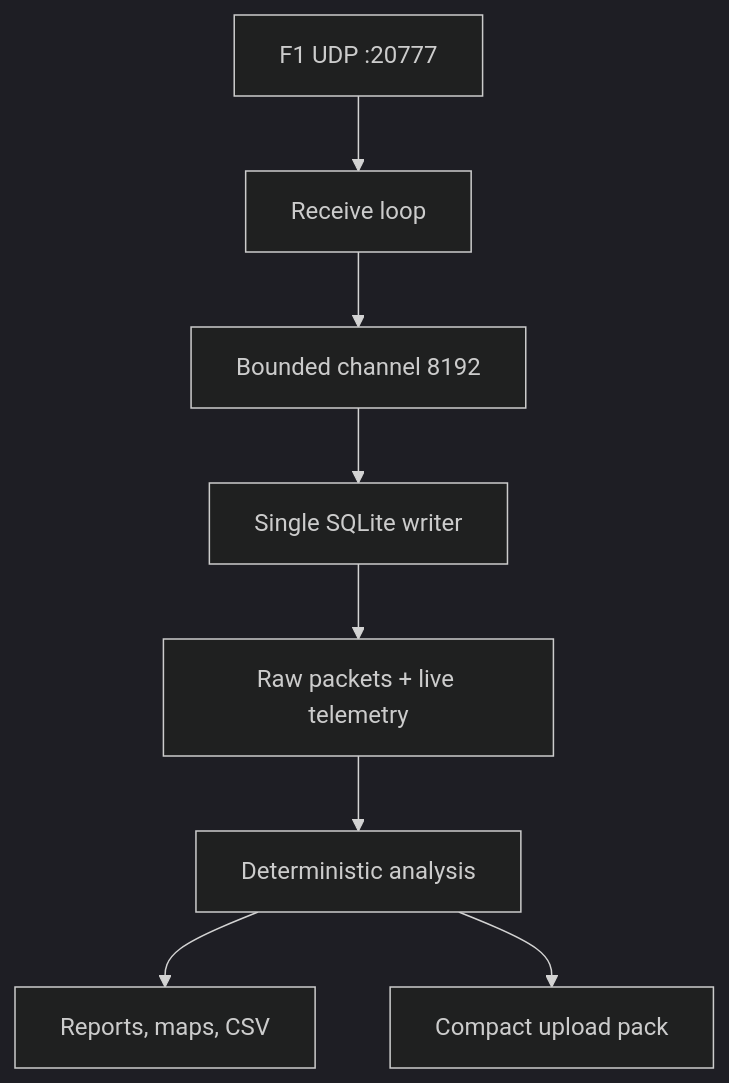
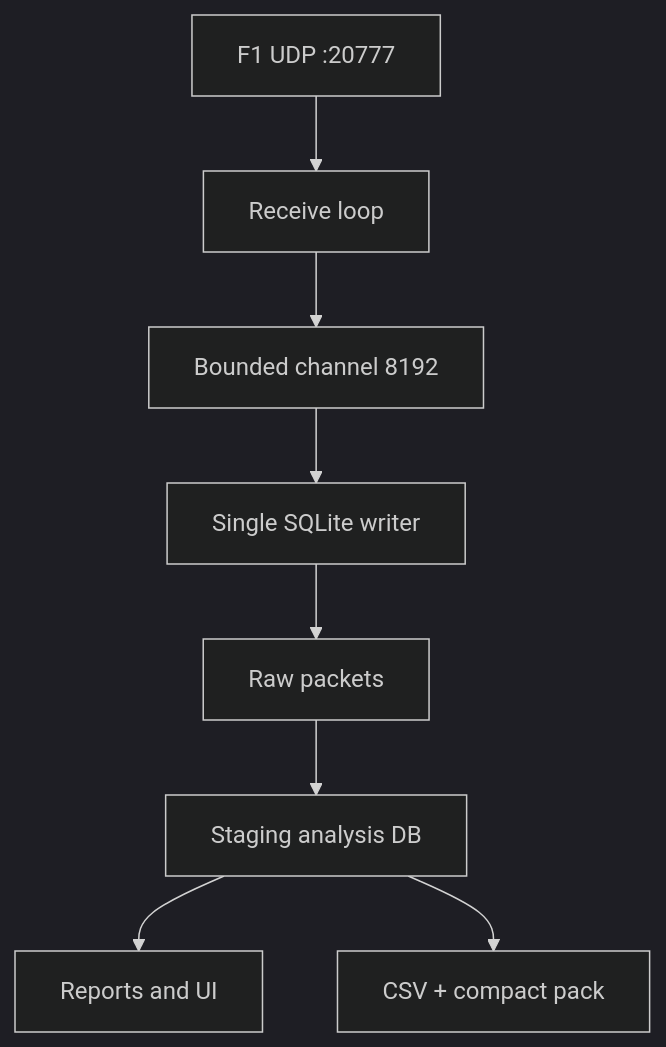
One commit to Ender168/F1_Telemetry_Lab changed the first of 2 diagrams in docs/ARCHITECTURE.md. Above: the diagram before and after it, drawn with Mermaid (dark theme). The commit also changed other lines of this file and 39 other files, not shown here.

Commit message:
feat: implement v0.6.1-v0.7.0 roadmap and setup capture

````diff
--- a/docs/ARCHITECTURE.md
+++ b/docs/ARCHITECTURE.md
@@ -5,10 +5,10 @@
 ```mermaid
 flowchart TD
     UDP["F1 UDP :20777"] --> RX["Receive loop"]
     RX --> Q["Bounded channel 8192"]
     Q --> DB["Single SQLite writer"]
-    DB --> RAW["Raw packets + live telemetry"]
-    RAW --> AN["Deterministic analysis"]
-    AN --> VIEW["Reports, maps, CSV"]
-    AN --> PACK["Compact upload pack"]
+    DB --> RAW["Raw packets"]
+    RAW --> STAGE["Staging analysis DB"]
+    STAGE --> VIEW["Reports and UI"]
+    STAGE --> PACK["CSV + compact pack"]
 ```
````
